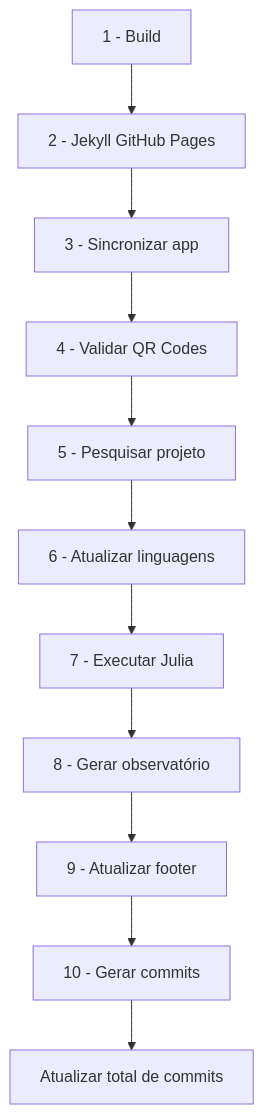
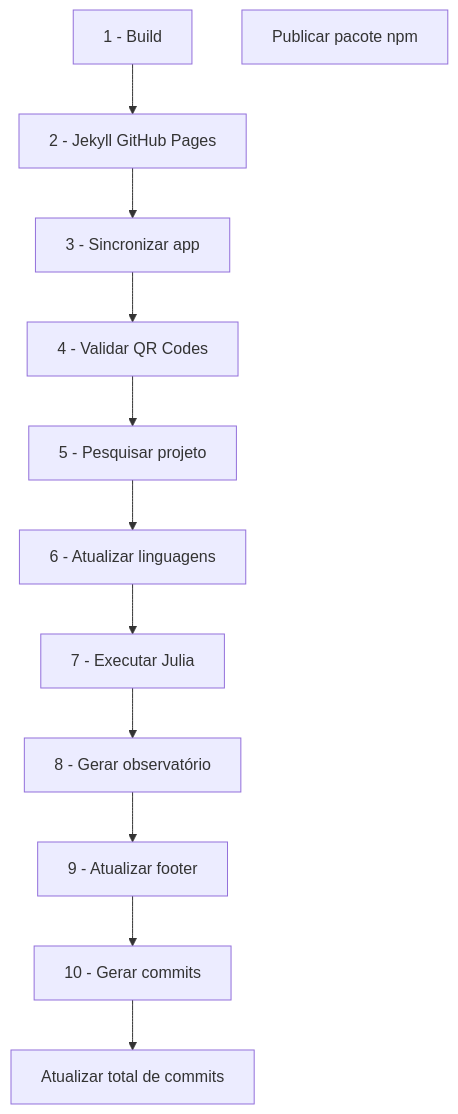
The diagram in pesquisas/workflow.md (mulher-amparada/mulher-amparada-app), drawn with Mermaid before and after one commit. The commit also changed other lines of this file, not shown here.

````diff
--- a/pesquisas/workflow.md
+++ b/pesquisas/workflow.md
@@ -28,24 +29,25 @@
 ```mermaid
 flowchart TD
     job_build["1 - Build"]
     job_jekyll["2 - Jekyll GitHub Pages"]
     job_sincronizar_app["3 - Sincronizar app"]
     job_validar_qrs["4 - Validar QR Codes"]
     job_pesquisar_projeto["5 - Pesquisar projeto"]
     job_linguagens["6 - Atualizar linguagens"]
     job_main_julia["7 - Executar Julia"]
     job_observatorio["8 - Gerar observatório"]
     job_atualizar_footer["9 - Atualizar footer"]
     job_gerar_commits["10 - Gerar commits"]
     job_atualizar_total_commits["Atualizar total de commits"]
+    job_publicar["Publicar pacote npm"]
     job_build --> job_jekyll
     job_jekyll --> job_sincronizar_app
     job_sincronizar_app --> job_validar_qrs
     job_validar_qrs --> job_pesquisar_projeto
     job_pesquisar_projeto --> job_linguagens
     job_linguagens --> job_main_julia
     job_main_julia --> job_observatorio
     job_observatorio --> job_atualizar_footer
     job_atualizar_footer --> job_gerar_commits
     job_gerar_commits --> job_atualizar_total_commits
 ```
````
